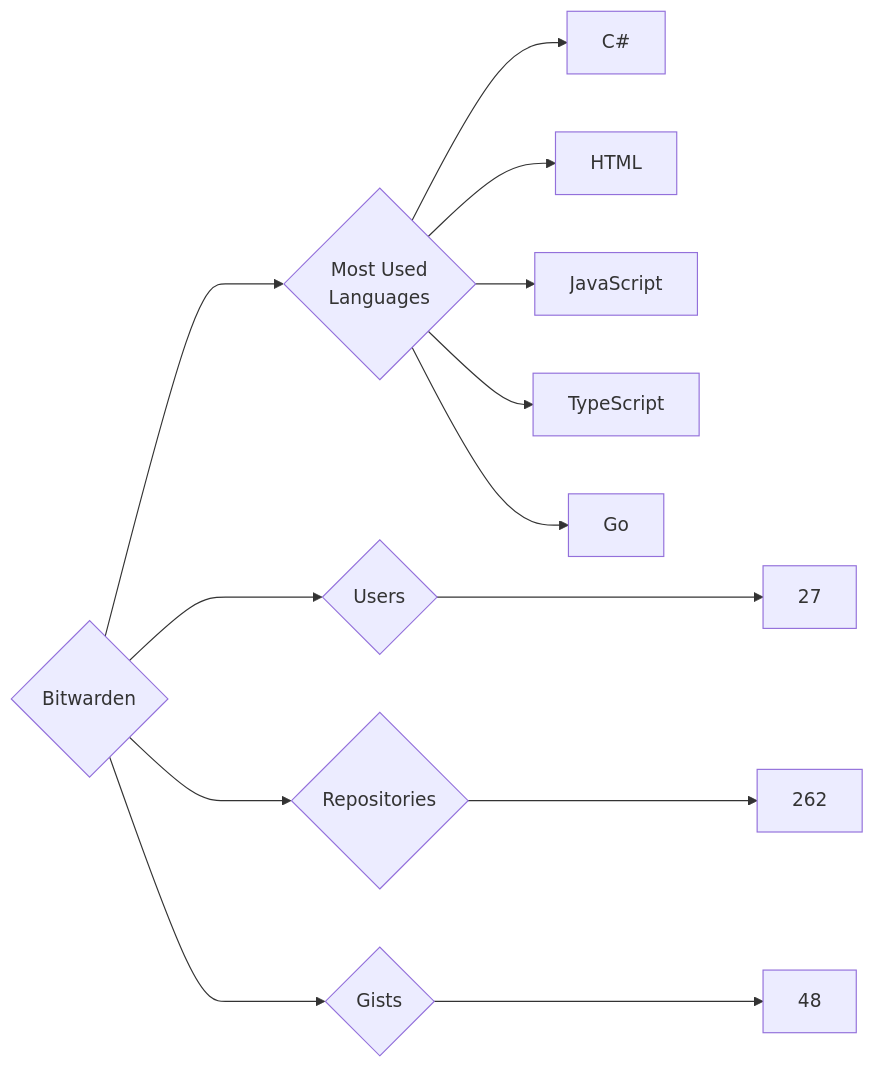
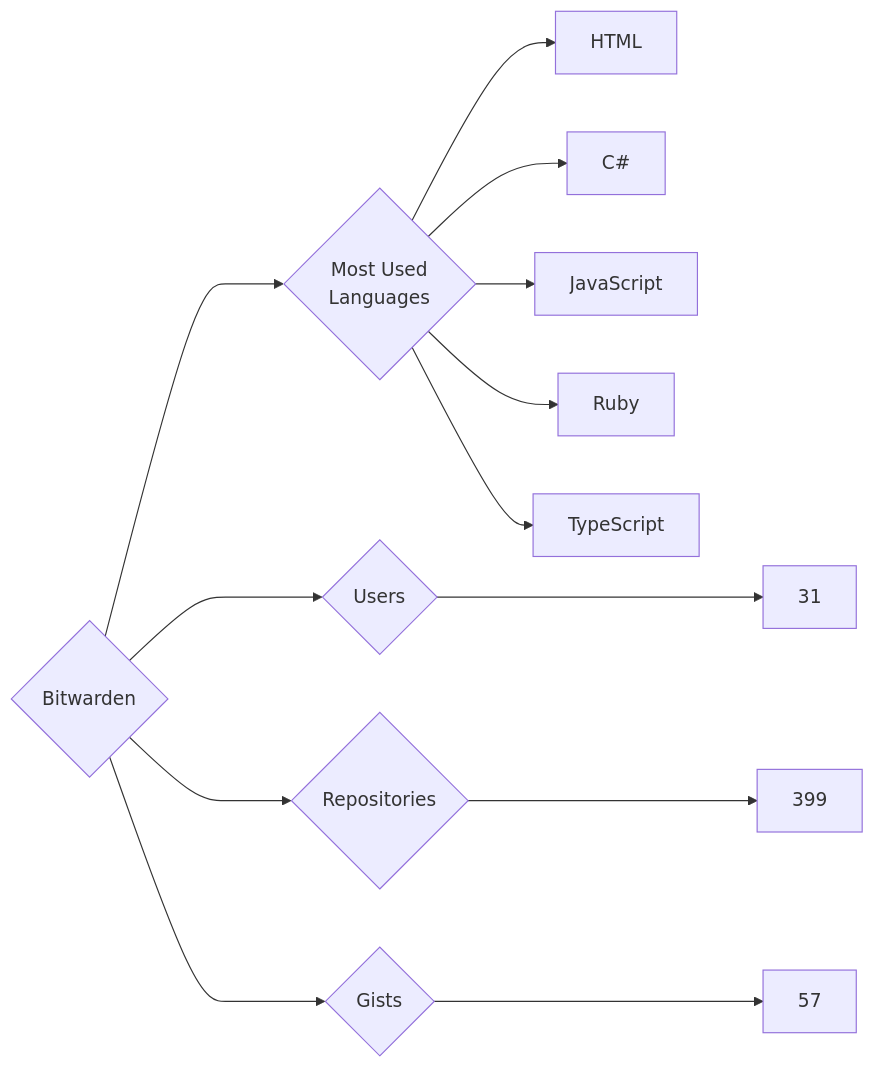
One commit to trickest/insiders changed the diagram in targets/Bitwarden/README.md. Above: the diagram before and after it, drawn with Mermaid. The commit also changed 639 other files, not shown here.

````diff
--- a/targets/Bitwarden/README.md
+++ b/targets/Bitwarden/README.md
@@ -3,13 +3,13 @@
 ```mermaid
 graph LR
 COMPANY_NAME{Bitwarden}
-COMPANY_NAME ---> U{Users} ---> UN[27]
-COMPANY_NAME ---> R{Repositories} ---> RN[262]
-COMPANY_NAME ---> G{Gists} ---> GN[48]
+COMPANY_NAME ---> U{Users} ---> UN[31]
+COMPANY_NAME ---> R{Repositories} ---> RN[399]
+COMPANY_NAME ---> G{Gists} ---> GN[57]
 COMPANY_NAME ---> ML{Most Used<br>Languages}
+ML --> HTML[HTML]
 ML --> C#[C#]
-ML --> HTML[HTML]
 ML --> JavaScript[JavaScript]
+ML --> Ruby[Ruby]
 ML --> TypeScript[TypeScript]
-ML --> Go[Go]
 ```
````
